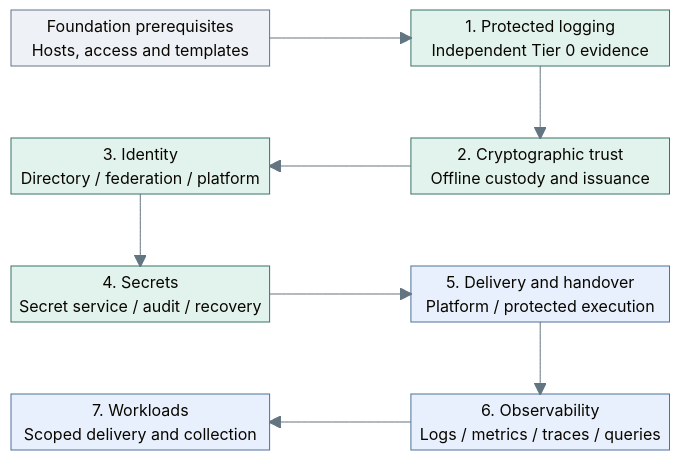
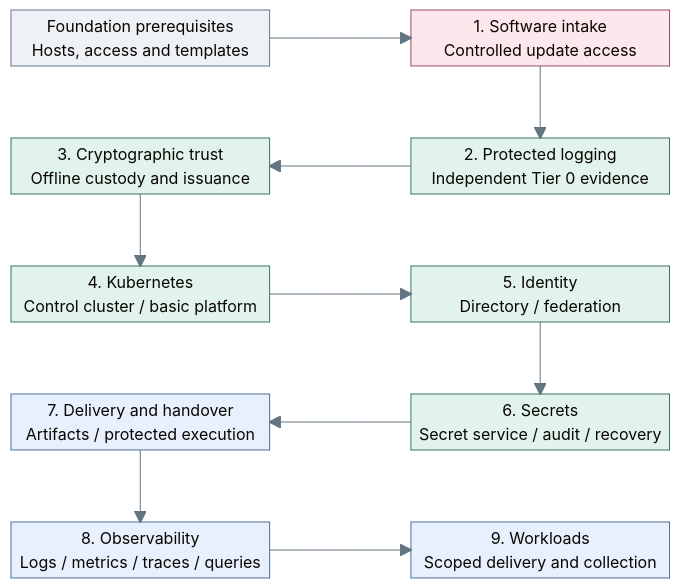
The diagram in docs/deployment/README.md (Rexus/homelab), drawn with Mermaid before and after one commit. The commit also changed other lines of this file and 204 other files, not shown here.

Commit message:
feat(deployment): separate capability stages and configure cluster intake

````diff
--- a/docs/deployment/README.md
+++ b/docs/deployment/README.md
@@ -33,34 +37,42 @@
 ```mermaid
 %%{init: {"theme":"base","themeVariables":{"lineColor":"#627581","edgeLabelBackground":"#f8fafc"}}}%%
 block-beta
   columns 5
   Base["Foundation prerequisites<br/>Hosts, access and templates"]:2
   space
-  Logs["1. Protected logging<br/>Independent Tier 0 evidence"]:2
+  Intake["1. Software intake<br/>Controlled update access"]:2
   space:5
-  Runtime["3. Identity<br/>Directory / federation / platform"]:2
+  Trust["3. Cryptographic trust<br/>Offline custody and issuance"]:2
   space
-  Trust["2. Cryptographic trust<br/>Offline custody and issuance"]:2
+  Logs["2. Protected logging<br/>Independent Tier 0 evidence"]:2
   space:5
-  Control["4. Secrets<br/>Secret service / audit / recovery"]:2
+  Runtime["4. Kubernetes<br/>Control cluster / basic platform"]:2
   space
-  Delivery["5. Delivery and handover<br/>Platform / protected execution"]:2
+  Identity["5. Identity<br/>Directory / federation"]:2
   space:5
-  Workloads["7. Workloads<br/>Scoped delivery and collection"]:2
+  Delivery["7. Delivery and handover<br/>Artifacts / protected execution"]:2
   space
-  Visibility["6. Observability<br/>Logs / metrics / traces / queries"]:2
-  Base --> Logs
+  Control["6. Secrets<br/>Secret service / audit / recovery"]:2
+  space:5
+  Visibility["8. Observability<br/>Logs / metrics / traces / queries"]:2
+  space
+  Workloads["9. Workloads<br/>Scoped delivery and collection"]:2
+  Base --> Intake
+  Intake --> Logs
   Logs --> Trust
   Trust --> Runtime
-  Runtime --> Control
+  Runtime --> Identity
+  Identity --> Control
   Control --> Delivery
   Delivery --> Visibility
   Visibility --> Workloads
   classDef default fill:#f8fafc,stroke:#64748b,color:#1f2937
   classDef boundary fill:#eef2f6,stroke:#64748b,color:#1f2937
   classDef control fill:#e2f3ed,stroke:#397366,color:#173f36
   classDef services fill:#e7f0fc,stroke:#4d719b,color:#203a5b
+  classDef edge fill:#fce8ec,stroke:#9b4d67,color:#502638
   class Base boundary
-  class Logs,Trust,Runtime,Control control
+  class Intake edge
+  class Logs,Trust,Runtime,Identity,Control control
   class Delivery,Visibility,Workloads services
 ```
````
